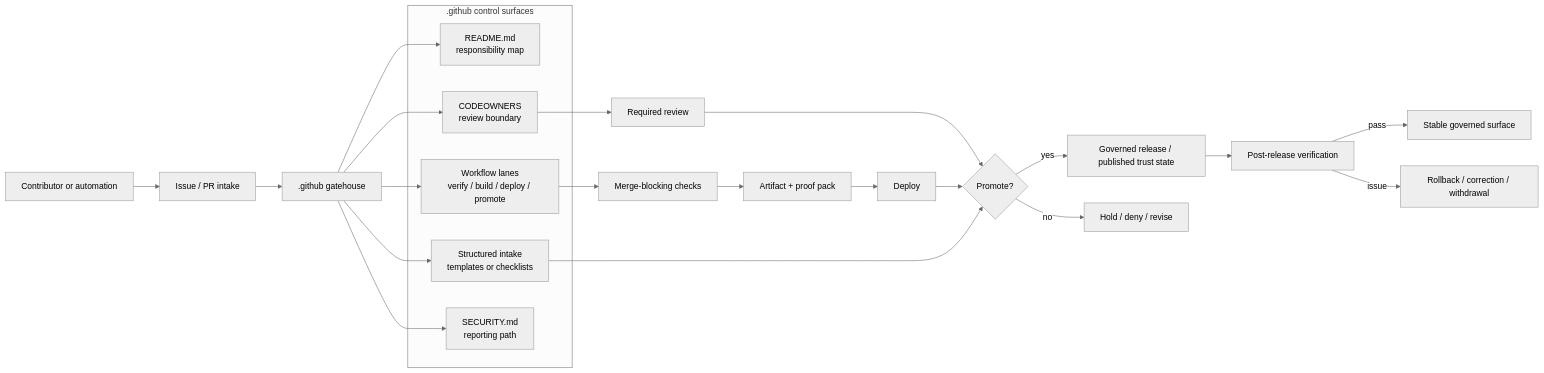
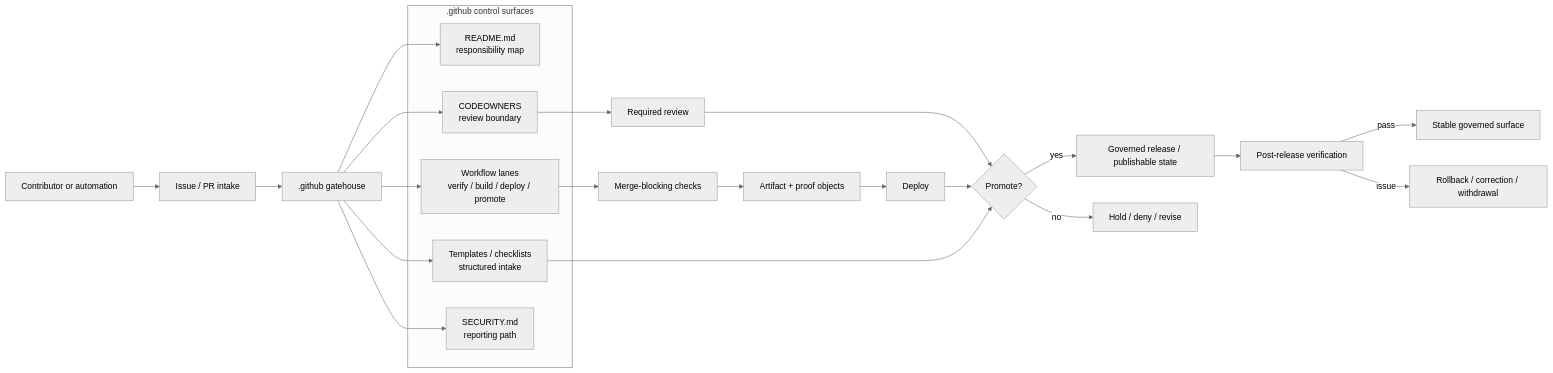
Before and after one commit to bartytime4life/Kansas-Frontier-Matrix: the diagram in .github/README.md, drawn with Mermaid (neutral theme). The commit also changed other lines of this file, not shown here.

````diff
--- a/.github/README.md
+++ b/.github/README.md
@@ -247,34 +251,34 @@
 ```mermaid
 flowchart LR
     A[Contributor or automation] --> B[Issue / PR intake]
     B --> C[.github gatehouse]
 
     subgraph G[".github control surfaces"]
       G1["README.md<br/>responsibility map"]
       G2["CODEOWNERS<br/>review boundary"]
       G3["Workflow lanes<br/>verify / build / deploy / promote"]
-      G4["Structured intake<br/>templates or checklists"]
+      G4["Templates / checklists<br/>structured intake"]
       G5["SECURITY.md<br/>reporting path"]
     end
 
     C --> G1
     C --> G2
     C --> G3
     C --> G4
     C --> G5
 
     G2 --> H[Required review]
     G3 --> I[Merge-blocking checks]
-    I --> J[Artifact + proof pack]
+    I --> J[Artifact + proof objects]
     J --> K[Deploy]
     H --> L{Promote?}
     K --> L
     G4 --> L
 
-    L -->|yes| M[Governed release / published trust state]
+    L -->|yes| M[Governed release / publishable state]
     L -->|no| N[Hold / deny / revise]
 
     M --> O[Post-release verification]
     O -->|pass| P[Stable governed surface]
     O -->|issue| Q[Rollback / correction / withdrawal]
 ```
````
